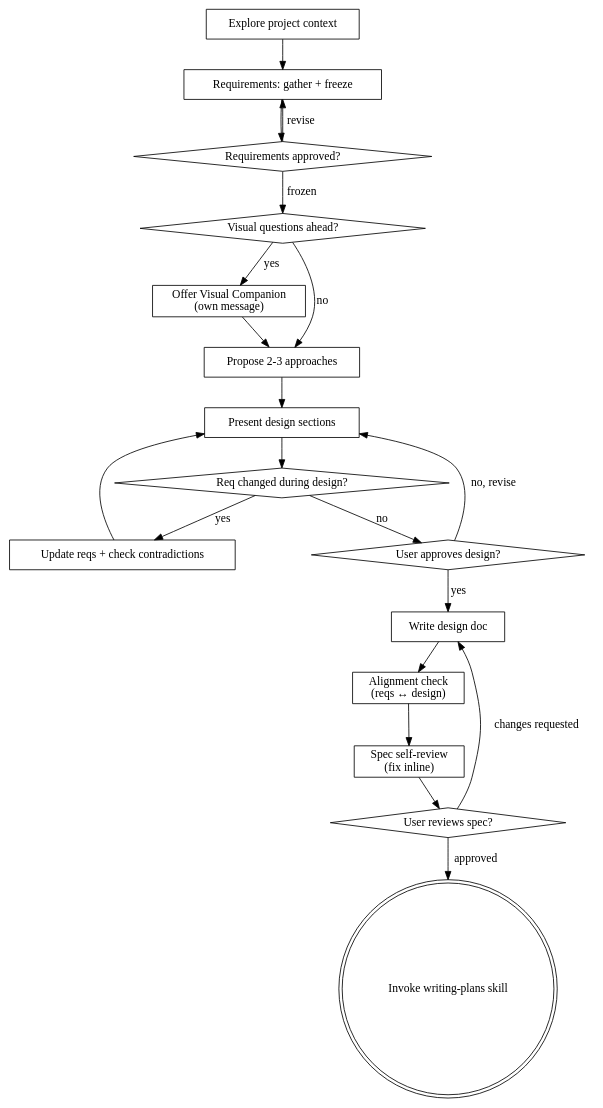
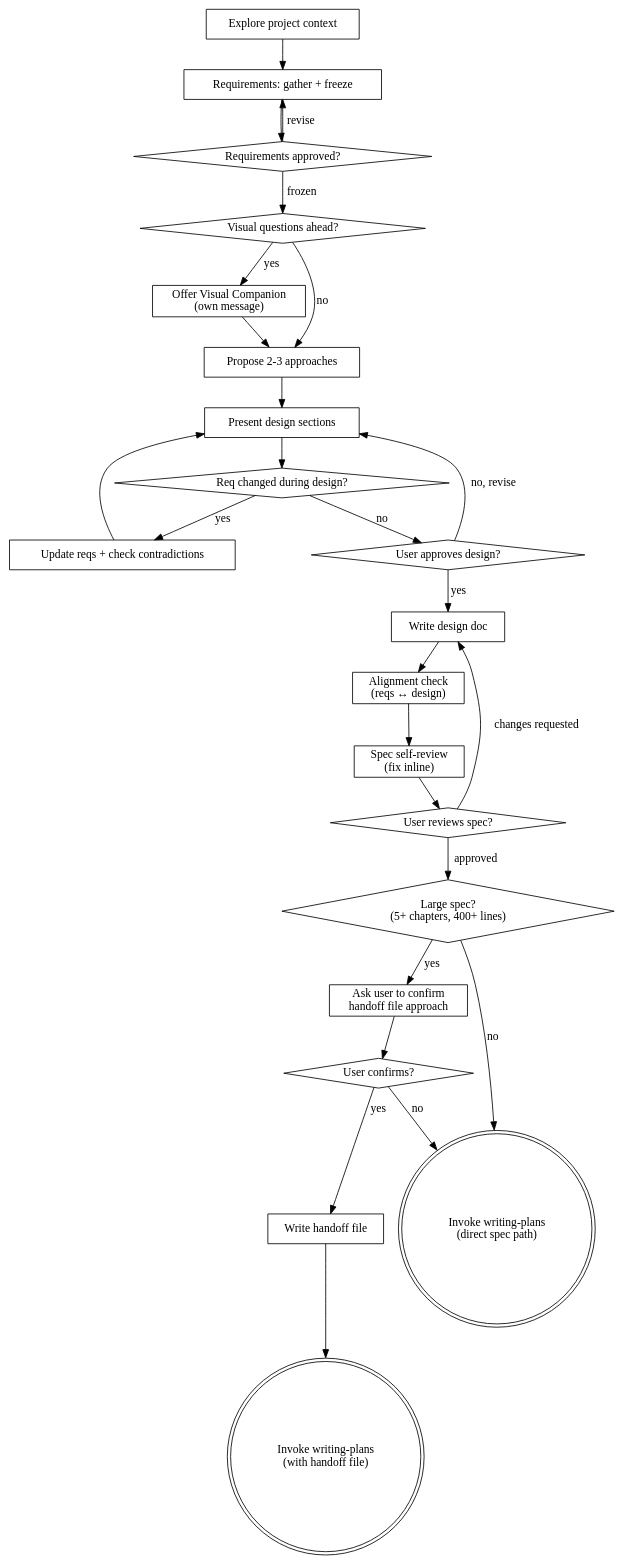
One commit to AudioReach/audioreach-creator-backend changed the diagram in .ai/skills/brainstorming/SKILL.md. Above: the diagram before and after it, drawn with Graphviz. The commit also changed other lines of this file and 5 other files, not shown here.

````diff
--- a/.ai/skills/brainstorming/SKILL.md
+++ b/.ai/skills/brainstorming/SKILL.md
@@ -39,39 +55,50 @@
 ```dot
 digraph brainstorming {
     "Explore project context" [shape=box];
     "Requirements: gather + freeze" [shape=box];
     "Requirements approved?" [shape=diamond];
     "Visual questions ahead?" [shape=diamond];
     "Offer Visual Companion\n(own message)" [shape=box];
     "Propose 2-3 approaches" [shape=box];
     "Present design sections" [shape=box];
     "Req changed during design?" [shape=diamond];
     "Update reqs + check contradictions" [shape=box];
     "User approves design?" [shape=diamond];
     "Write design doc" [shape=box];
     "Alignment check\n(reqs ↔ design)" [shape=box];
     "Spec self-review\n(fix inline)" [shape=box];
     "User reviews spec?" [shape=diamond];
-    "Invoke writing-plans skill" [shape=doublecircle];
+    "Large spec?\n(5+ chapters, 400+ lines)" [shape=diamond];
+    "Ask user to confirm\nhandoff file approach" [shape=box];
+    "User confirms?" [shape=diamond];
+    "Write handoff file" [shape=box];
+    "Invoke writing-plans\n(with handoff file)" [shape=doublecircle];
+    "Invoke writing-plans\n(direct spec path)" [shape=doublecircle];
 
     "Explore project context" -> "Requirements: gather + freeze";
     "Requirements: gather + freeze" -> "Requirements approved?";
     "Requirements approved?" -> "Requirements: gather + freeze" [label="revise"];
     "Requirements approved?" -> "Visual questions ahead?" [label="frozen"];
     "Visual questions ahead?" -> "Offer Visual Companion\n(own message)" [label="yes"];
     "Visual questions ahead?" -> "Propose 2-3 approaches" [label="no"];
     "Offer Visual Companion\n(own message)" -> "Propose 2-3 approaches";
     "Propose 2-3 approaches" -> "Present design sections";
     "Present design sections" -> "Req changed during design?";
     "Req changed during design?" -> "Update reqs + check contradictions" [label="yes"];
     "Update reqs + check contradictions" -> "Present design sections";
     "Req changed during design?" -> "User approves design?" [label="no"];
     "User approves design?" -> "Present design sections" [label="no, revise"];
     "User approves design?" -> "Write design doc" [label="yes"];
     "Write design doc" -> "Alignment check\n(reqs ↔ design)";
     "Alignment check\n(reqs ↔ design)" -> "Spec self-review\n(fix inline)";
     "Spec self-review\n(fix inline)" -> "User reviews spec?";
     "User reviews spec?" -> "Write design doc" [label="changes requested"];
-    "User reviews spec?" -> "Invoke writing-plans skill" [label="approved"];
+    "User reviews spec?" -> "Large spec?\n(5+ chapters, 400+ lines)" [label="approved"];
+    "Large spec?\n(5+ chapters, 400+ lines)" -> "Invoke writing-plans\n(direct spec path)" [label="no"];
+    "Large spec?\n(5+ chapters, 400+ lines)" -> "Ask user to confirm\nhandoff file approach" [label="yes"];
+    "Ask user to confirm\nhandoff file approach" -> "User confirms?";
+    "User confirms?" -> "Write handoff file" [label="yes"];
+    "User confirms?" -> "Invoke writing-plans\n(direct spec path)" [label="no"];
+    "Write handoff file" -> "Invoke writing-plans\n(with handoff file)";
 }
 ```
````
